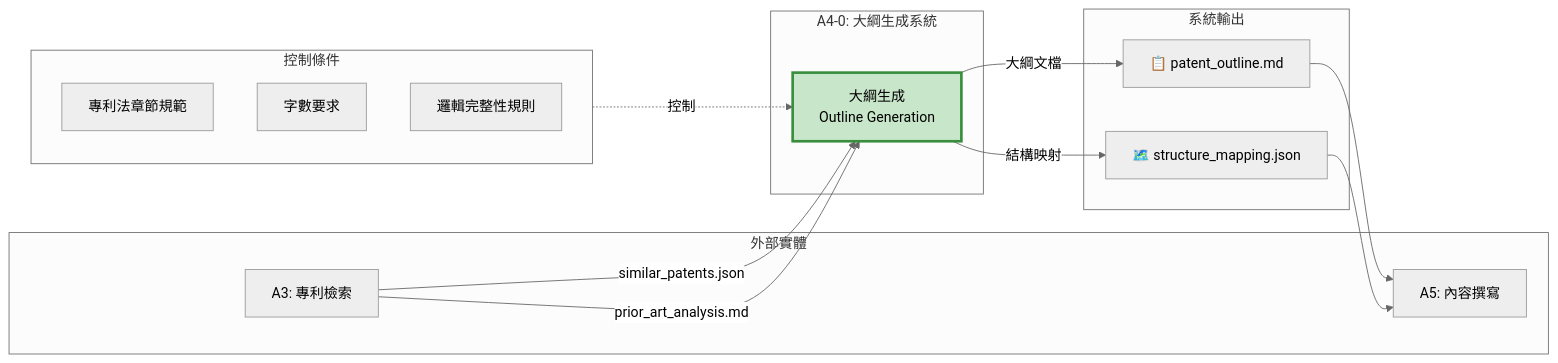
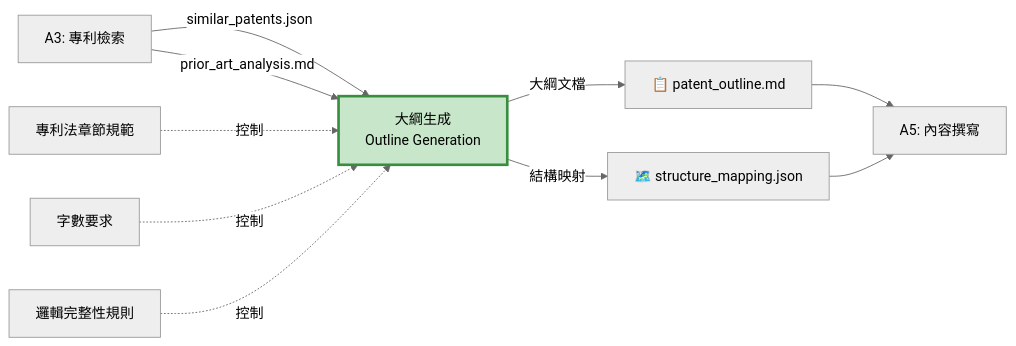
Before and after one commit to Raw1mage/PatentDrafter: the first of 4 diagrams in docs/A4_Outline_Generation_IDEF0.md, drawn with Mermaid (neutral theme). The commit also changed other lines of this file and 13 other files, not shown here.

First line of the commit message:
修復所有 Mermaid 圖表語法問題

````diff
--- a/docs/A4_Outline_Generation_IDEF0.md
+++ b/docs/A4_Outline_Generation_IDEF0.md
@@ -28,34 +28,25 @@
 ```mermaid
-graph LR
-    subgraph External["外部實體"]
-        A3["A3: 專利檢索"]
-        A5["A5: 內容撰寫"]
-    end
-
-    subgraph A4_System["A4-0: 大綱生成系統"]
-        A4["大綱生成<br/>Outline Generation"]
-    end
-
-    subgraph Controls["控制條件"]
-        PatentLaw["專利法章節規範"]
-        WordReq["字數要求"]
-        LogicRules["邏輯完整性規則"]
-    end
-
-    subgraph Outputs["系統輸出"]
-        Outline["📋 patent_outline.md"]
-        Mapping["🗺️ structure_mapping.json"]
-    end
+flowchart LR
+    A3["A3: 專利檢索"]
+    A5["A5: 內容撰寫"]
+    A4["大綱生成<br/>Outline Generation"]
+    PatentLaw["專利法章節規範"]
+    WordReq["字數要求"]
+    LogicRules["邏輯完整性規則"]
+    Outline["📋 patent_outline.md"]
+    Mapping["🗺️ structure_mapping.json"]
 
     A3 -->|similar_patents.json| A4
     A3 -->|prior_art_analysis.md| A4
-    Controls -.控制.-> A4
+    PatentLaw -.控制.-> A4
+    WordReq -.控制.-> A4
+    LogicRules -.控制.-> A4
 
     A4 -->|大綱文檔| Outline
     A4 -->|結構映射| Mapping
 
     Outline --> A5
     Mapping --> A5
 
     style A4 fill:#C8E6C9,stroke:#388E3C,stroke-width:3px
 ```
````
